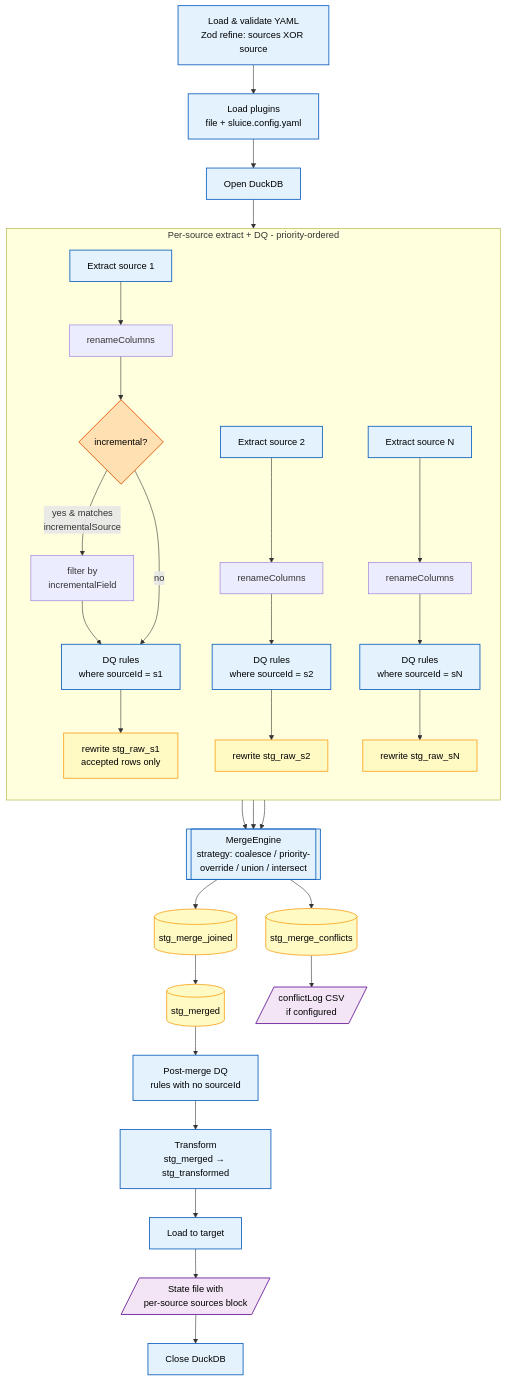
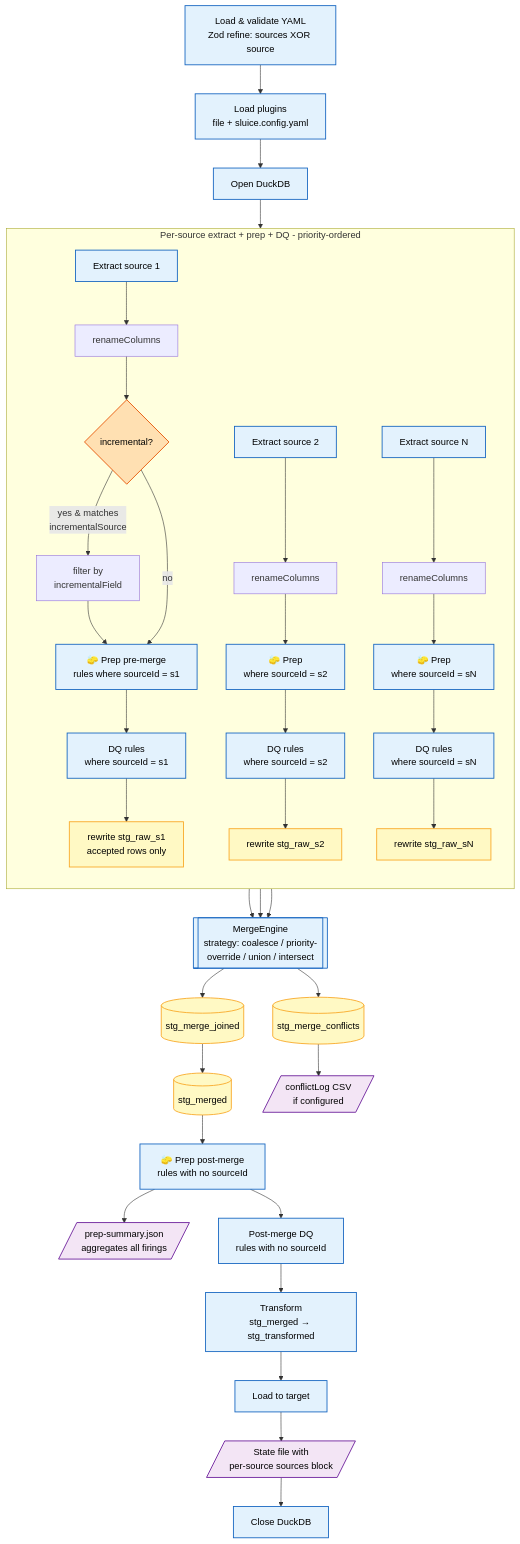
The fourth of 14 diagrams in docs/architecture-diagrams.md (caracal-lynx/sluice), drawn with Mermaid before and after one commit. The commit also changed other lines of this file and 24 other files, not shown here.

First line of the commit message:
feat(prep): Phase 12 — pre-enrich Prep phase + padEnd cleanse op (#65)

````diff
--- a/docs/architecture-diagrams.md
+++ b/docs/architecture-diagrams.md
@@ -243,42 +251,46 @@
 ```mermaid
 flowchart TB
     classDef phase fill:#E3F2FD,stroke:#1565C0,stroke-width:1.5px,color:#000
     classDef stage fill:#FFF9C4,stroke:#F9A825,stroke-width:1.5px,color:#000
     classDef decision fill:#FFE0B2,stroke:#E65100,stroke-width:1.5px,color:#000
     classDef output fill:#F3E5F5,stroke:#6A1B9A,stroke-width:1.5px,color:#000
 
     A[Load & validate YAML<br/>Zod refine: sources XOR source]:::phase
     B[Load plugins<br/>file + sluice.config.yaml]:::phase
     C[Open DuckDB]:::phase
 
-    subgraph PerSource[Per-source extract + DQ - priority-ordered]
+    subgraph PerSource[Per-source extract + prep + DQ - priority-ordered]
       direction TB
       S1[Extract source 1]:::phase --> R1[renameColumns] --> F1{incremental?}:::decision
-      F1 -- yes & matches<br/>incrementalSource --> I1[filter by<br/>incrementalField] --> D1[DQ rules<br/>where sourceId = s1]:::phase
-      F1 -- no --> D1
+      F1 -- yes & matches<br/>incrementalSource --> I1[filter by<br/>incrementalField] --> P1[🧽 Prep pre-merge<br/>rules where sourceId = s1]:::phase
+      F1 -- no --> P1
+      P1 --> D1[DQ rules<br/>where sourceId = s1]:::phase
       D1 --> RW1[rewrite stg_raw_s1<br/>accepted rows only]:::stage
 
-      S2[Extract source 2]:::phase --> R2[renameColumns] --> D2[DQ rules<br/>where sourceId = s2]:::phase --> RW2[rewrite stg_raw_s2]:::stage
-      SN[Extract source N]:::phase --> RN[renameColumns] --> DN[DQ rules<br/>where sourceId = sN]:::phase --> RWN[rewrite stg_raw_sN]:::stage
+      S2[Extract source 2]:::phase --> R2[renameColumns] --> P2[🧽 Prep<br/>where sourceId = s2]:::phase --> D2[DQ rules<br/>where sourceId = s2]:::phase --> RW2[rewrite stg_raw_s2]:::stage
+      SN[Extract source N]:::phase --> RN[renameColumns] --> PN[🧽 Prep<br/>where sourceId = sN]:::phase --> DN[DQ rules<br/>where sourceId = sN]:::phase --> RWN[rewrite stg_raw_sN]:::stage
     end
 
     M[[MergeEngine<br/>strategy: coalesce / priority-override / union / intersect]]:::phase
     MJ[(stg_merge_joined)]:::stage
     MG[(stg_merged)]:::stage
     MC[(stg_merge_conflicts)]:::stage
     CLog[/conflictLog CSV<br/>if configured/]:::output
 
+    PMP[🧽 Prep post-merge<br/>rules with no sourceId]:::phase
+    PSum[/prep-summary.json<br/>aggregates all firings/]:::output
     PMDQ[Post-merge DQ<br/>rules with no sourceId]:::phase
     TX[Transform<br/>stg_merged → stg_transformed]:::phase
     LD[Load to target]:::phase
     ST[/State file with<br/>per-source sources block/]:::output
     CL[Close DuckDB]:::phase
 
     A --> B --> C --> PerSource
     RW1 --> M
     RW2 --> M
     RWN --> M
     M --> MJ --> MG
     M --> MC --> CLog
-    MG --> PMDQ --> TX --> LD --> ST --> CL
+    MG --> PMP --> PSum
+    PMP --> PMDQ --> TX --> LD --> ST --> CL
 ```
````
